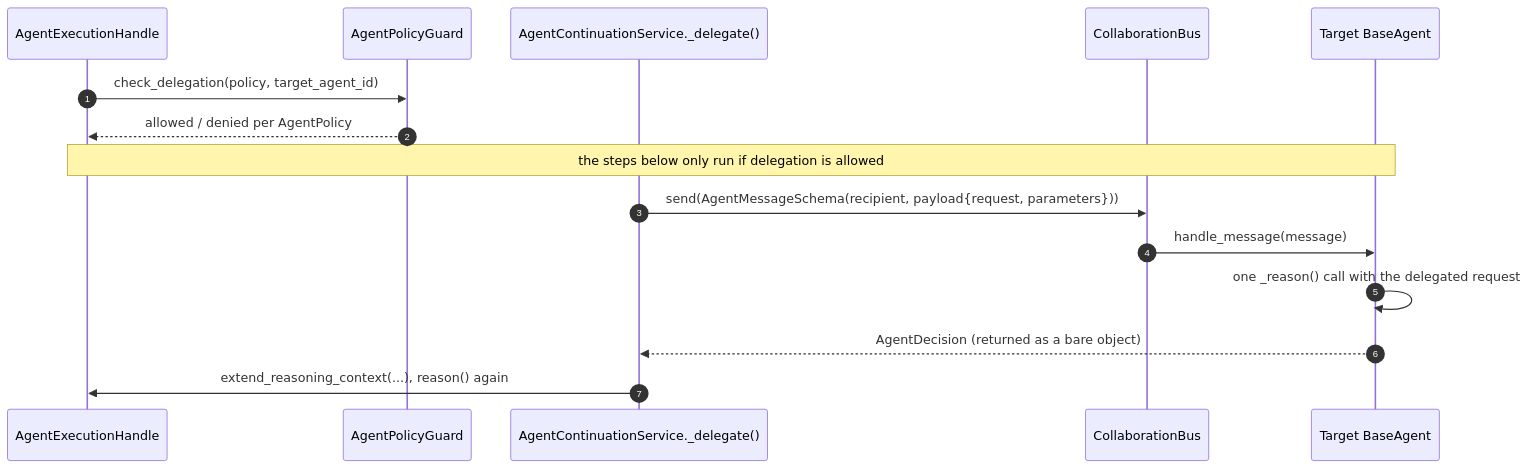
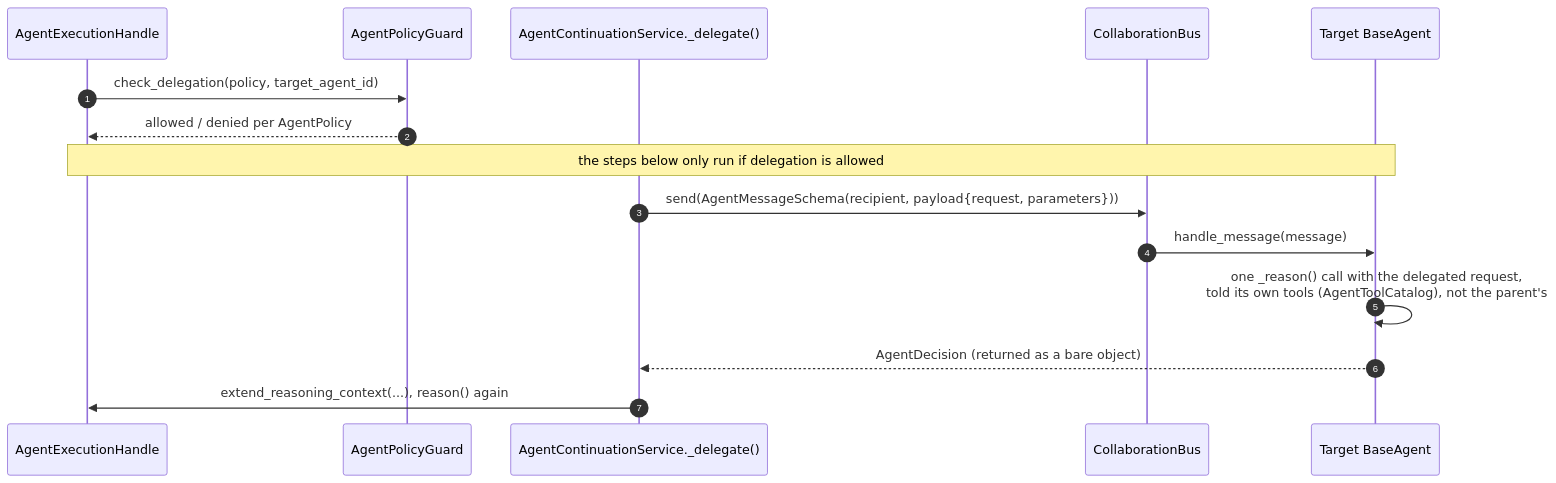
The diagram in server/src/agentic/collaboration/README.md (bharatkse/juris-ai), drawn with Mermaid before and after one commit. The commit also changed 7 other files, not shown here.

Commit message:
fix(agentic): tell a delegated agent its own tools, not the parent's

````diff
--- a/server/src/agentic/collaboration/README.md
+++ b/server/src/agentic/collaboration/README.md
@@ -19,18 +19,18 @@
 ```mermaid
 sequenceDiagram
     autonumber
     participant H as AgentExecutionHandle
     participant G as AgentPolicyGuard
     participant C as AgentContinuationService._delegate()
     participant B as CollaborationBus
     participant T as Target BaseAgent
 
     H->>G: check_delegation(policy, target_agent_id)
     G-->>H: allowed / denied per AgentPolicy
     Note over H,T: the steps below only run if delegation is allowed
     C->>B: send(AgentMessageSchema(recipient, payload{request, parameters}))
     B->>T: handle_message(message)
-    T->>T: one _reason() call with the delegated request
+    T->>T: one _reason() call with the delegated request,<br/>told its own tools (AgentToolCatalog), not the parent's
     T-->>C: AgentDecision (returned as a bare object)
     C->>H: extend_reasoning_context(...), reason() again
 ```
````
